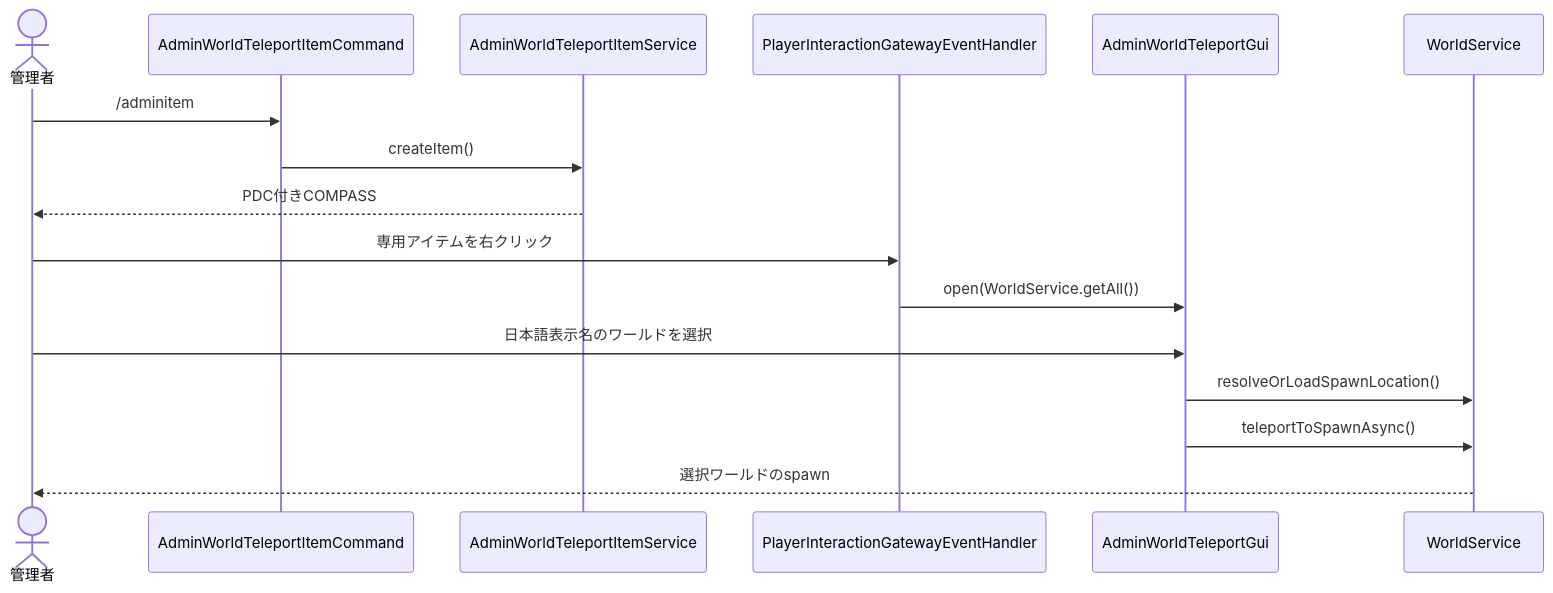
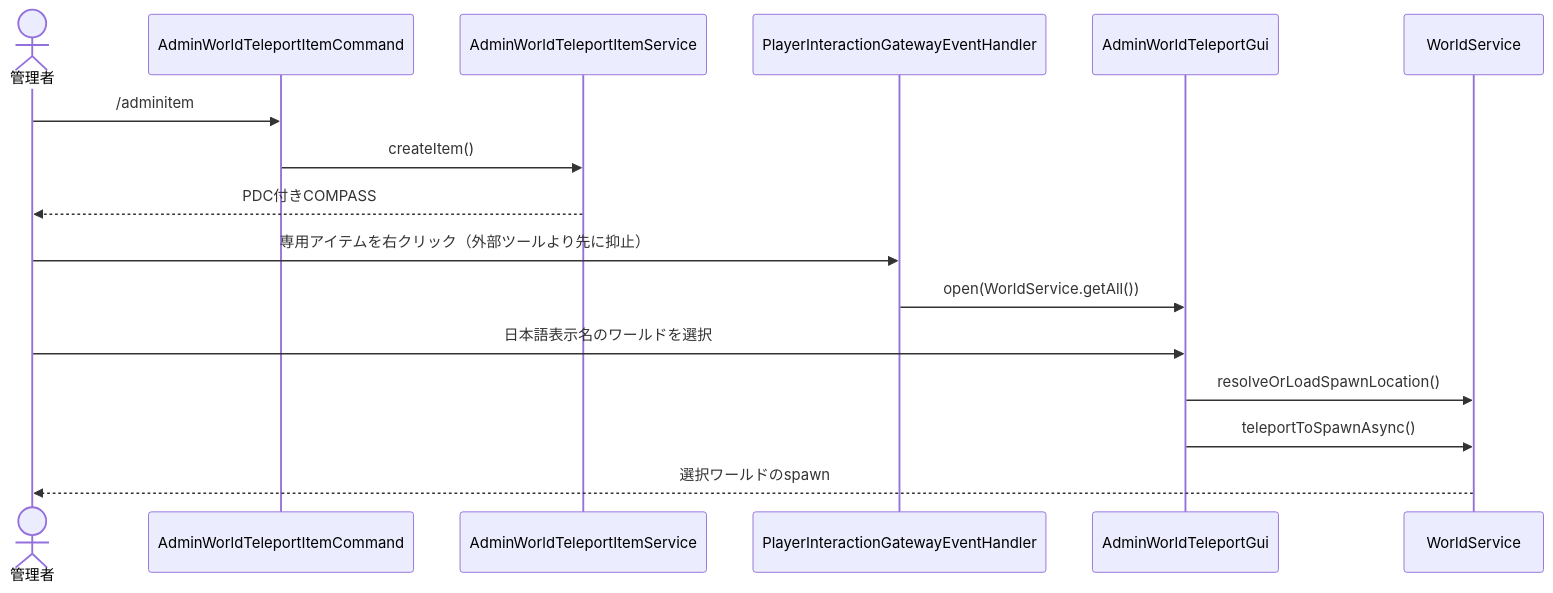
The sixth of 6 diagrams in 00_docs/10_Plugin設計書/feature/17-world/17_4-統合フロー.md (maaasu/AstralRecord-Workspace), drawn with Mermaid before and after one commit. The commit also changed other lines of this file and 7 other files, not shown here.

````diff
--- a/00_docs/10_Plugin設計書/feature/17-world/17_4-統合フロー.md
+++ b/00_docs/10_Plugin設計書/feature/17-world/17_4-統合フロー.md
@@ -185,18 +185,18 @@
 ```mermaid
 sequenceDiagram
     actor Admin as 管理者
     participant Command as AdminWorldTeleportItemCommand
     participant Item as AdminWorldTeleportItemService
     participant Gateway as PlayerInteractionGatewayEventHandler
     participant GUI as AdminWorldTeleportGui
     participant World as WorldService
     Admin->>Command: /adminitem
     Command->>Item: createItem()
     Item-->>Admin: PDC付きCOMPASS
-    Admin->>Gateway: 専用アイテムを右クリック
+    Admin->>Gateway: 専用アイテムを右クリック（外部ツールより先に抑止）
     Gateway->>GUI: open(WorldService.getAll())
     Admin->>GUI: 日本語表示名のワールドを選択
     GUI->>World: resolveOrLoadSpawnLocation()
     GUI->>World: teleportToSpawnAsync()
     World-->>Admin: 選択ワールドのspawn
 ```
````
